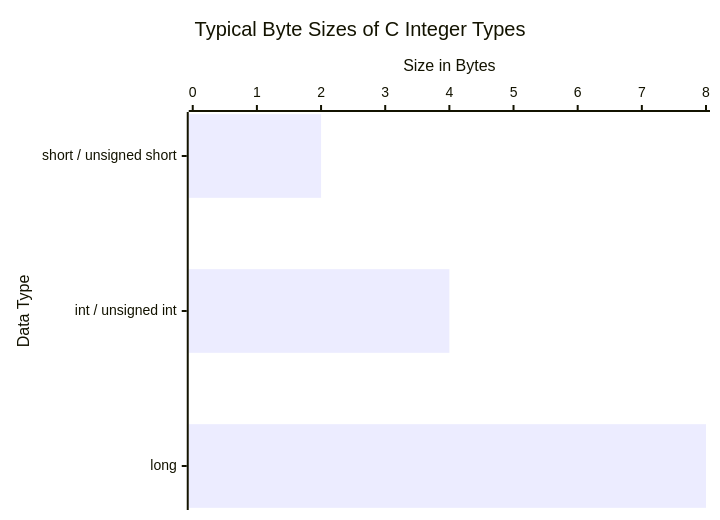
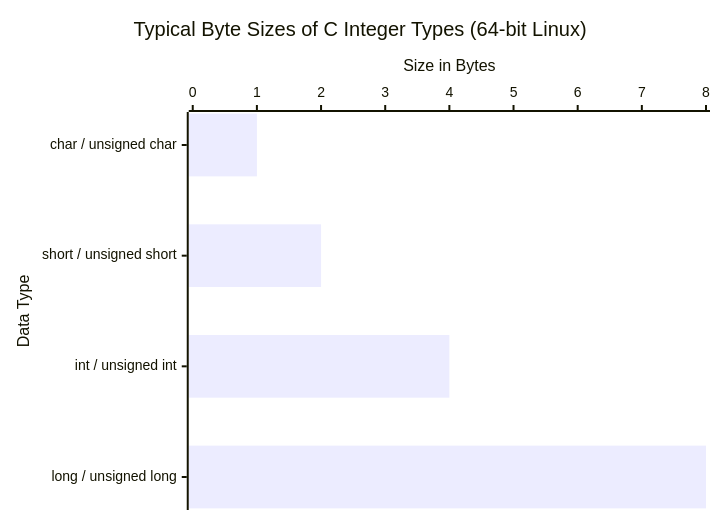
The first of 2 diagrams in lectures/lect-2.md (ruslylove/compro), drawn with Mermaid before and after one commit. The commit also changed other lines of this file and 1 other file, not shown here.

Commit message:
update flowchart

````diff
--- a/lectures/lect-2.md
+++ b/lectures/lect-2.md
@@ -323,7 +325,7 @@
 ```mermaid
 xychart-beta horizontal
-  title "Typical Byte Sizes of C Integer Types"
-  x-axis "Data Type" ["short / unsigned short", "int / unsigned int", "long"]
+  title "Typical Byte Sizes of C Integer Types (64-bit Linux)"
+  x-axis "Data Type" ["char / unsigned char", "short / unsigned short", "int / unsigned int", "long / unsigned long"]
   y-axis "Size in Bytes" 0 --> 8
-  bar [2, 4, 8]
+  bar [1, 2, 4, 8]
 ```
````
